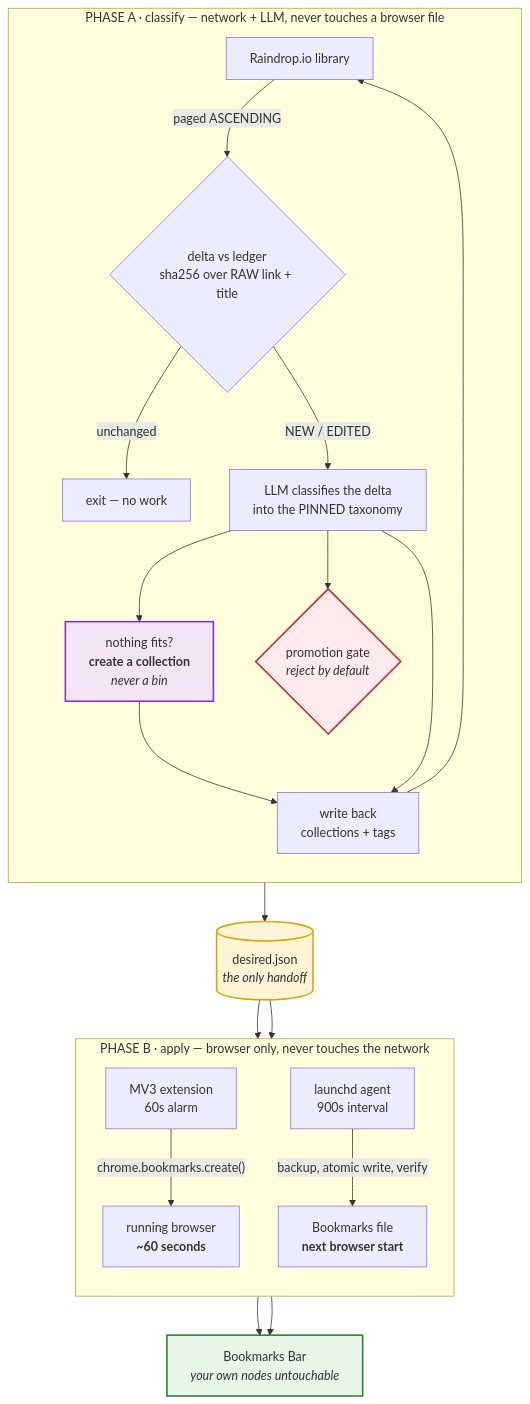
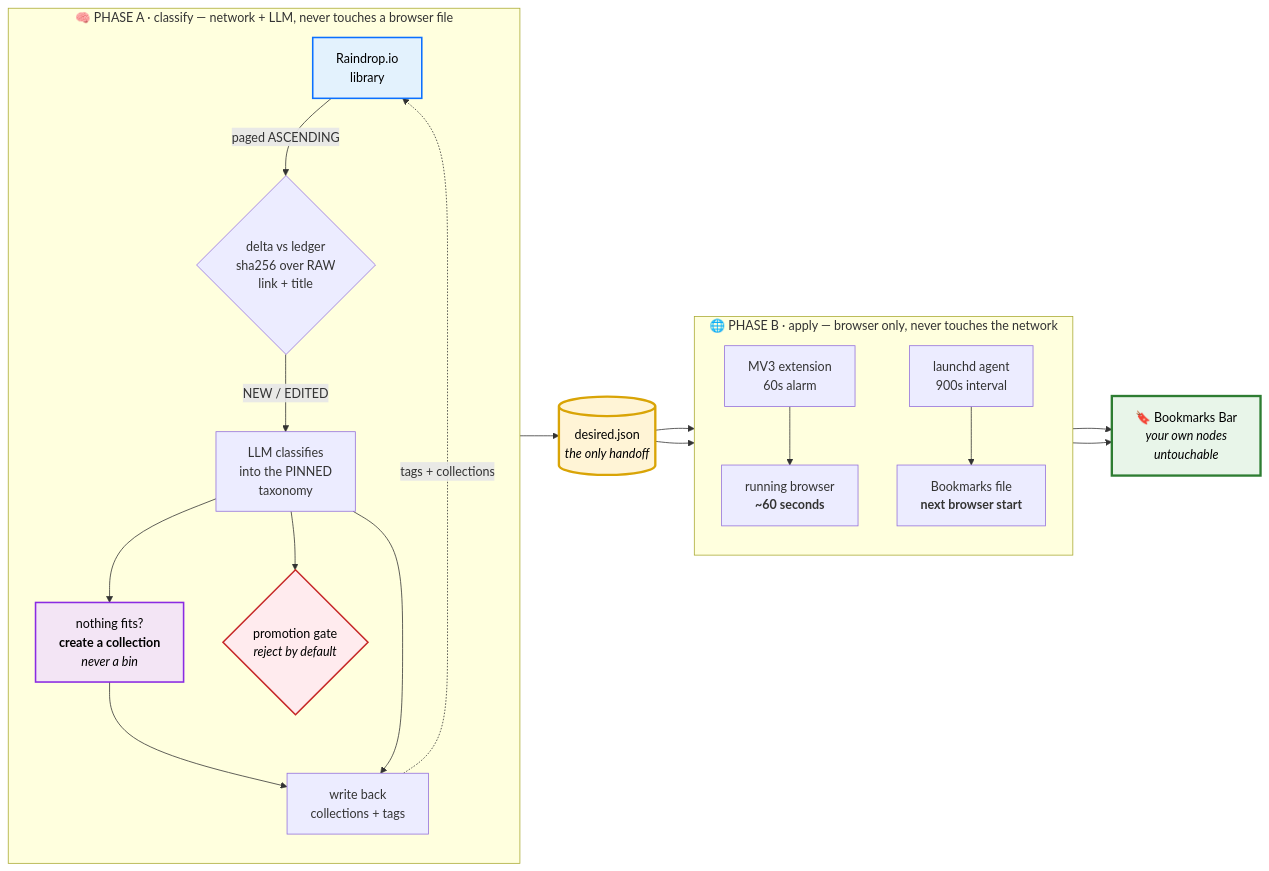
The diagram in README.md (rajatrv-fullstack/raindrop-brave-sync), drawn with Mermaid before and after one commit. The commit also changed other lines of this file, not shown here.

Commit message:
Shine up the README: brand badges and a left-to-right architecture diagram
- Brand row for Raindrop.io, Brave, Claude and Anthropic, plus a stack row
  (macOS, Python, MV3, SQLite, launchd, Chromium)
- Mermaid flowchart switched from TD to LR — it is a pipeline, and top-down
  rendered tall and cramped on the repo page
- Colour the two nodes that matter: desired.json (the only handoff between
  phases) and the bookmarks bar (the only thing the user sees)
- Repo topics now include raindrop, brave, anthropic, claude and mcp

````diff
--- a/README.md
+++ b/README.md
@@ -70,46 +85,41 @@
 ```mermaid
-flowchart TD
-    subgraph PA ["PHASE A · classify — network + LLM, never touches a browser file"]
+flowchart LR
+    subgraph PA ["🧠 PHASE A · classify — network + LLM, never touches a browser file"]
         direction TB
-        A["Raindrop.io library"]
-        B{"delta vs ledger<br/>sha256 over RAW link + title"}
-        Z["exit — no work"]
-        C["LLM classifies the delta<br/>into the PINNED taxonomy"]
+        A["Raindrop.io<br/>library"]
+        B{"delta vs ledger<br/>sha256 over RAW<br/>link + title"}
+        C["LLM classifies<br/>into the PINNED<br/>taxonomy"]
         C2["nothing fits?<br/><b>create a collection</b><br/><i>never a bin</i>"]
         D["write back<br/>collections + tags"]
         E{"promotion gate<br/><i>reject by default</i>"}
     end
 
     F[("desired.json<br/><i>the only handoff</i>")]
 
-    subgraph PB ["PHASE B · apply — browser only, never touches the network"]
+    subgraph PB ["🌐 PHASE B · apply — browser only, never touches the network"]
         direction TB
         G["MV3 extension<br/>60s alarm"]
         H["launchd agent<br/>900s interval"]
         I["running browser<br/><b>~60 seconds</b>"]
         J["Bookmarks file<br/><b>next browser start</b>"]
     end
 
-    K["Bookmarks Bar<br/><i>your own nodes untouchable</i>"]
+    K["🔖 Bookmarks Bar<br/><i>your own nodes<br/>untouchable</i>"]
 
     A -->|"paged ASCENDING"| B
-    B -->|unchanged| Z
     B -->|"NEW / EDITED"| C
-    C --> C2
-    C2 --> D
+    C --> C2 --> D
     C --> D
-    D --> A
-    C --> E
-    E --> F
-    F --> G
-    F --> H
-    G -->|"chrome.bookmarks.create()"| I
-    H -->|"backup, atomic write, verify"| J
+    D -.->|"tags + collections"| A
+    C --> E --> F
+    F --> G --> I
+    F --> H --> J
     I --> K
     J --> K
 
-    style F fill:#fff4d6,stroke:#d9a406,stroke-width:2px
-    style K fill:#e8f5e9,stroke:#2e7d32,stroke-width:2px
-    style C2 fill:#f3e5f5,stroke:#8a2be2,stroke-width:2px
-    style E fill:#ffebee,stroke:#c62828,stroke-width:2px
+    style F fill:#fff4d6,stroke:#d9a406,stroke-width:3px,color:#000
+    style K fill:#e8f5e9,stroke:#2e7d32,stroke-width:3px,color:#000
+    style C2 fill:#f3e5f5,stroke:#8a2be2,stroke-width:2px,color:#000
+    style E fill:#ffebee,stroke:#c62828,stroke-width:2px,color:#000
+    style A fill:#e3f2fd,stroke:#0b70ff,stroke-width:2px,color:#000
 ```
````
